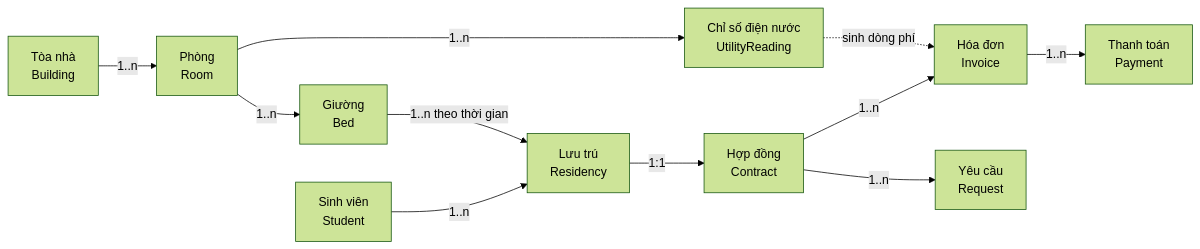
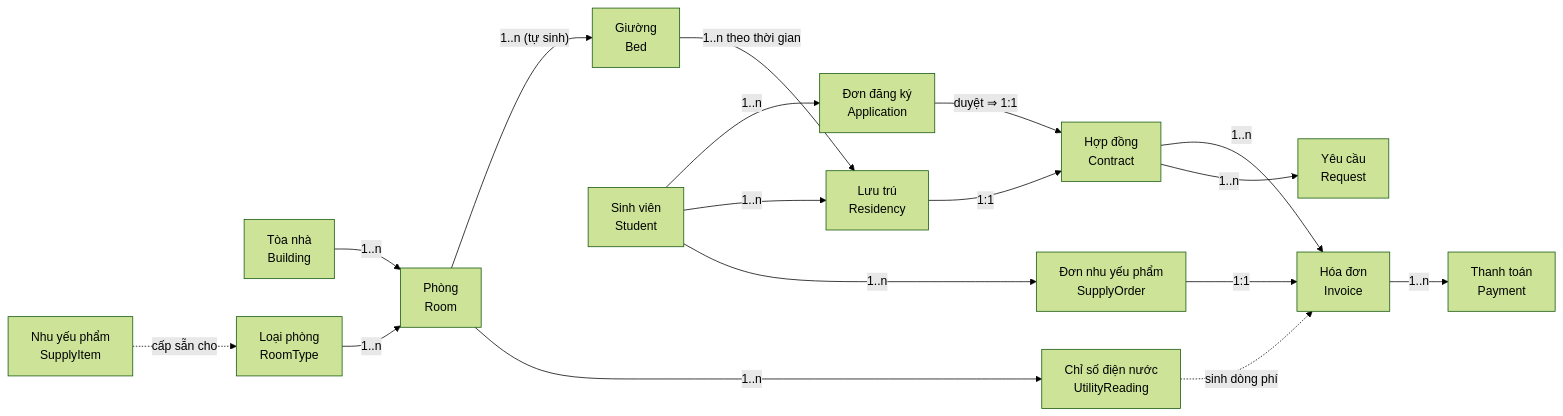
The first of 14 diagrams in docs/03-PHAN-TICH-NGHIEP-VU.md (NguyenMinh205/FE_QuanLyKTX), drawn with Mermaid (forest theme) before and after one commit. The commit also changed other lines of this file and 33 other files, not shown here.

````diff
--- a/docs/03-PHAN-TICH-NGHIEP-VU.md
+++ b/docs/03-PHAN-TICH-NGHIEP-VU.md
@@ -16,13 +16,19 @@
 ```mermaid
 flowchart LR
     B["Tòa nhà<br/>Building"] -->|"1..n"| R["Phòng<br/>Room"]
-    R -->|"1..n"| BD["Giường<br/>Bed"]
+    RT["Loại phòng<br/>RoomType"] -->|"1..n"| R
+    R -->|"1..n (tự sinh)"| BD["Giường<br/>Bed"]
     R -->|"1..n"| UR["Chỉ số điện nước<br/>UtilityReading"]
-    S["Sinh viên<br/>Student"] -->|"1..n"| RES["Lưu trú<br/>Residency"]
+    S["Sinh viên<br/>Student"] -->|"1..n"| AP["Đơn đăng ký<br/>Application"]
+    AP -->|"duyệt ⇒ 1:1"| C["Hợp đồng<br/>Contract"]
+    S -->|"1..n"| RES["Lưu trú<br/>Residency"]
     BD -->|"1..n theo thời gian"| RES
-    RES -->|"1:1"| C["Hợp đồng<br/>Contract"]
+    RES -->|"1:1"| C
     C -->|"1..n"| I["Hóa đơn<br/>Invoice"]
     I -->|"1..n"| P["Thanh toán<br/>Payment"]
     C -->|"1..n"| RQ["Yêu cầu<br/>Request"]
     UR -.->|"sinh dòng phí"| I
+    SI["Nhu yếu phẩm<br/>SupplyItem"] -.->|"cấp sẵn cho"| RT
+    S -->|"1..n"| SO["Đơn nhu yếu phẩm<br/>SupplyOrder"]
+    SO -->|"1:1"| I
 ```
````
